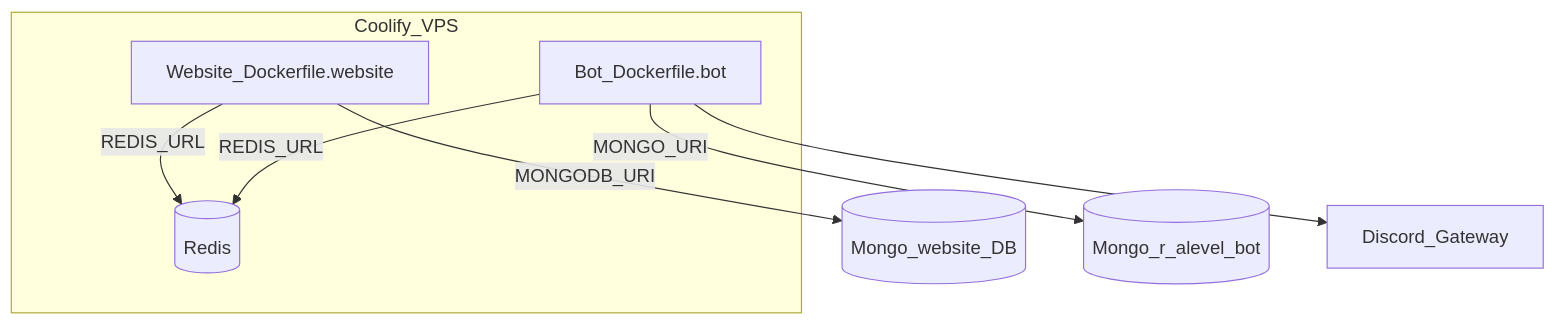
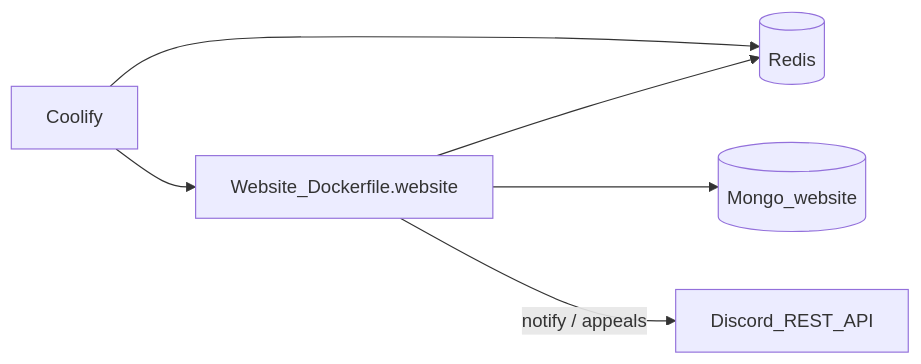
Before and after one commit to Vasumitra-Gajbhiye/Ralevel-Website: the diagram in docs/COOLIFY.md, drawn with Mermaid. The commit also changed other lines of this file and 215 other files, not shown here.

````diff
--- a/docs/COOLIFY.md
+++ b/docs/COOLIFY.md
@@ -5,17 +7,13 @@
 ```mermaid
-flowchart TB
-  subgraph coolify [Coolify_VPS]
-    Redis[(Redis)]
-    Website[Website_Dockerfile.website]
-    Bot[Bot_Dockerfile.bot]
-  end
-  AtlasWeb[(Mongo_website_DB)]
-  AtlasBot[(Mongo_r_alevel_bot)]
-  Discord[Discord_Gateway]
-
-  Website -->|"MONGODB_URI"| AtlasWeb
-  Website -->|"REDIS_URL"| Redis
-  Bot -->|"MONGO_URI"| AtlasBot
-  Bot -->|"REDIS_URL"| Redis
-  Bot --> Discord
+flowchart LR
+  Coolify[Coolify]
+  Website[Website_Dockerfile.website]
+  Redis[(Redis)]
+  Mongo[(Mongo_website)]
+  DiscordAPI[Discord_REST_API]
+  Coolify --> Website
+  Coolify --> Redis
+  Website --> Redis
+  Website --> Mongo
+  Website -->|"notify / appeals"| DiscordAPI
 ```
````
